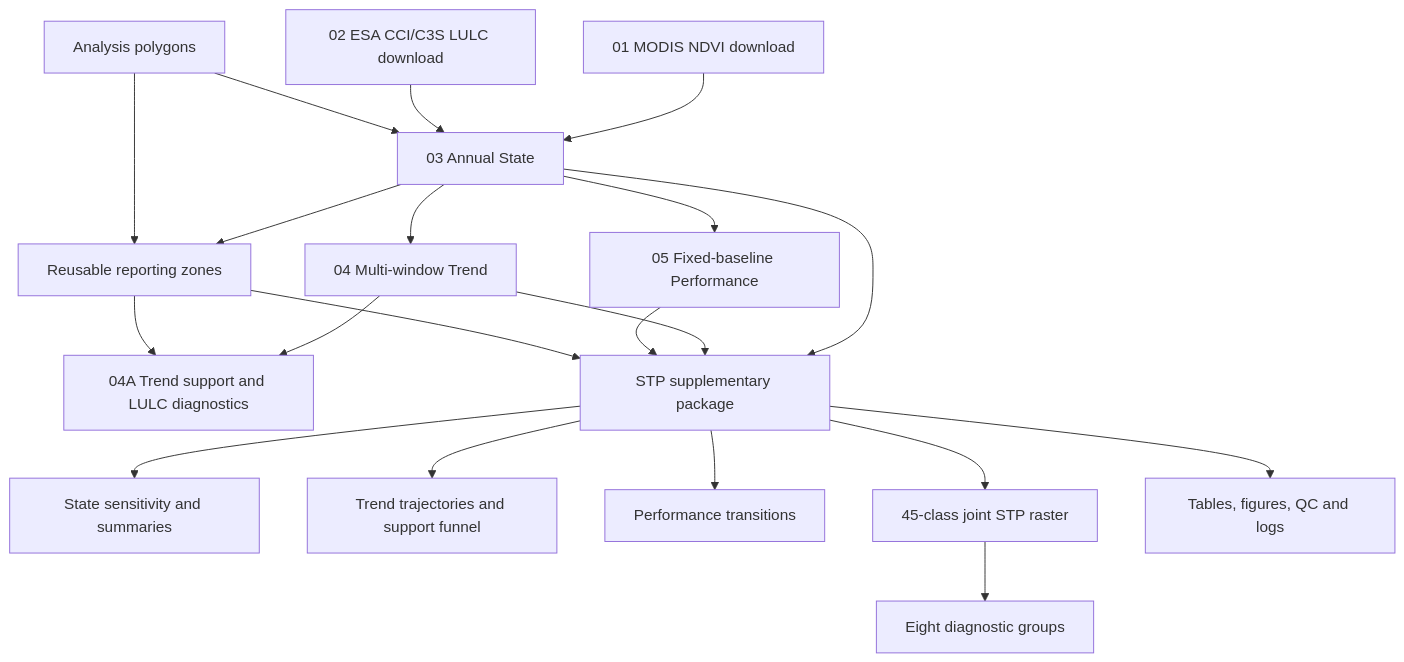
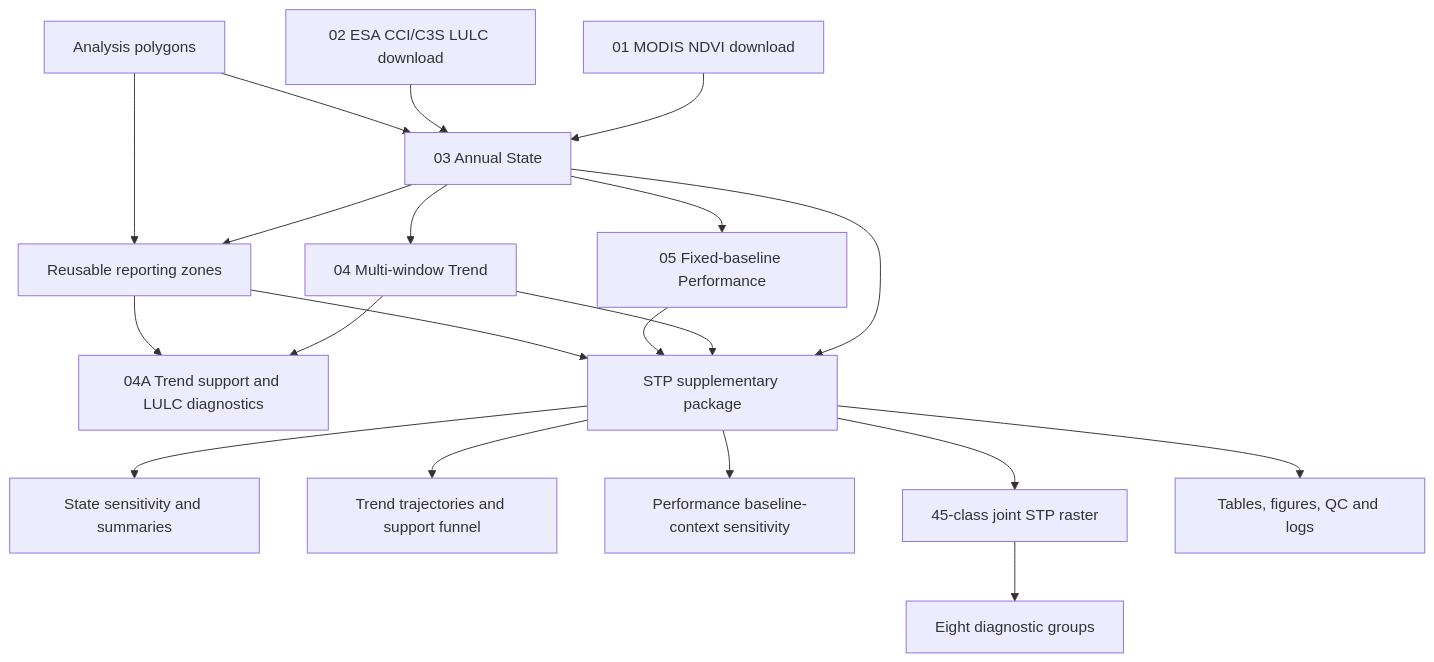
The diagram in README.md (ruteva07/reference-led-stp-land-productivity), drawn with Mermaid before and after one commit. The commit also changed other lines of this file, not shown here.

````diff
--- a/README.md
+++ b/README.md
@@ -62,22 +62,22 @@
 ```mermaid
 flowchart TD
     A[01 MODIS NDVI download] --> C[03 Annual State]
     B[02 ESA CCI/C3S LULC download] --> C
     P[Analysis polygons] --> C
     C --> D[04 Multi-window Trend]
     C --> E[05 Fixed-baseline Performance]
     C --> Z[Reusable reporting zones]
     P --> Z
     D --> F[04A Trend support and LULC diagnostics]
     Z --> F
     C --> G[STP supplementary package]
     D --> G
     E --> G
     Z --> G
     G --> H[State sensitivity and summaries]
     G --> I[Trend trajectories and support funnel]
-    G --> J[Performance transitions]
+    G --> J[Performance baseline-context sensitivity]
     G --> K[45-class joint STP raster]
     K --> L[Eight diagnostic groups]
     G --> M[Tables, figures, QC and logs]
 ```
````
